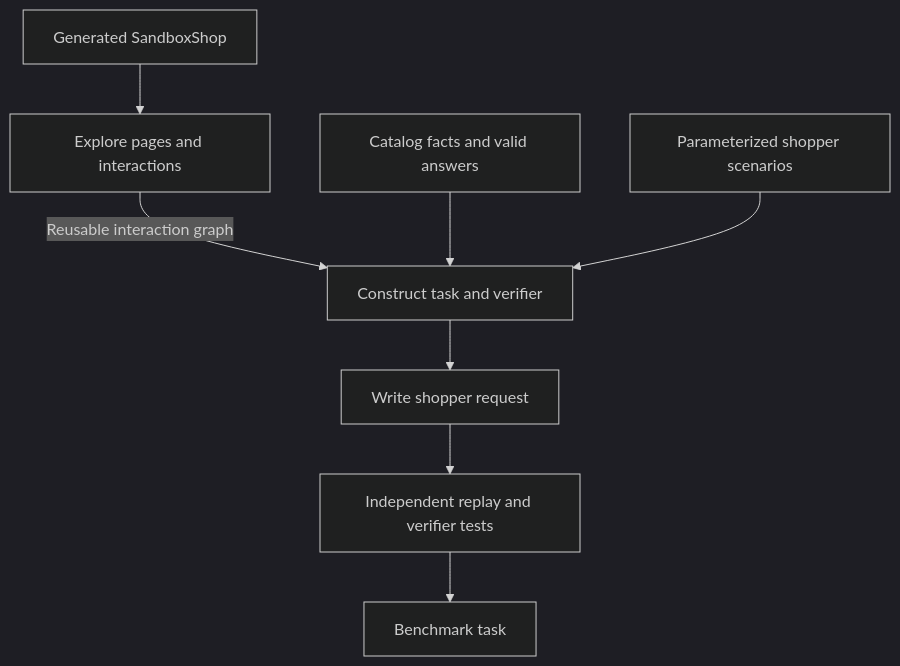
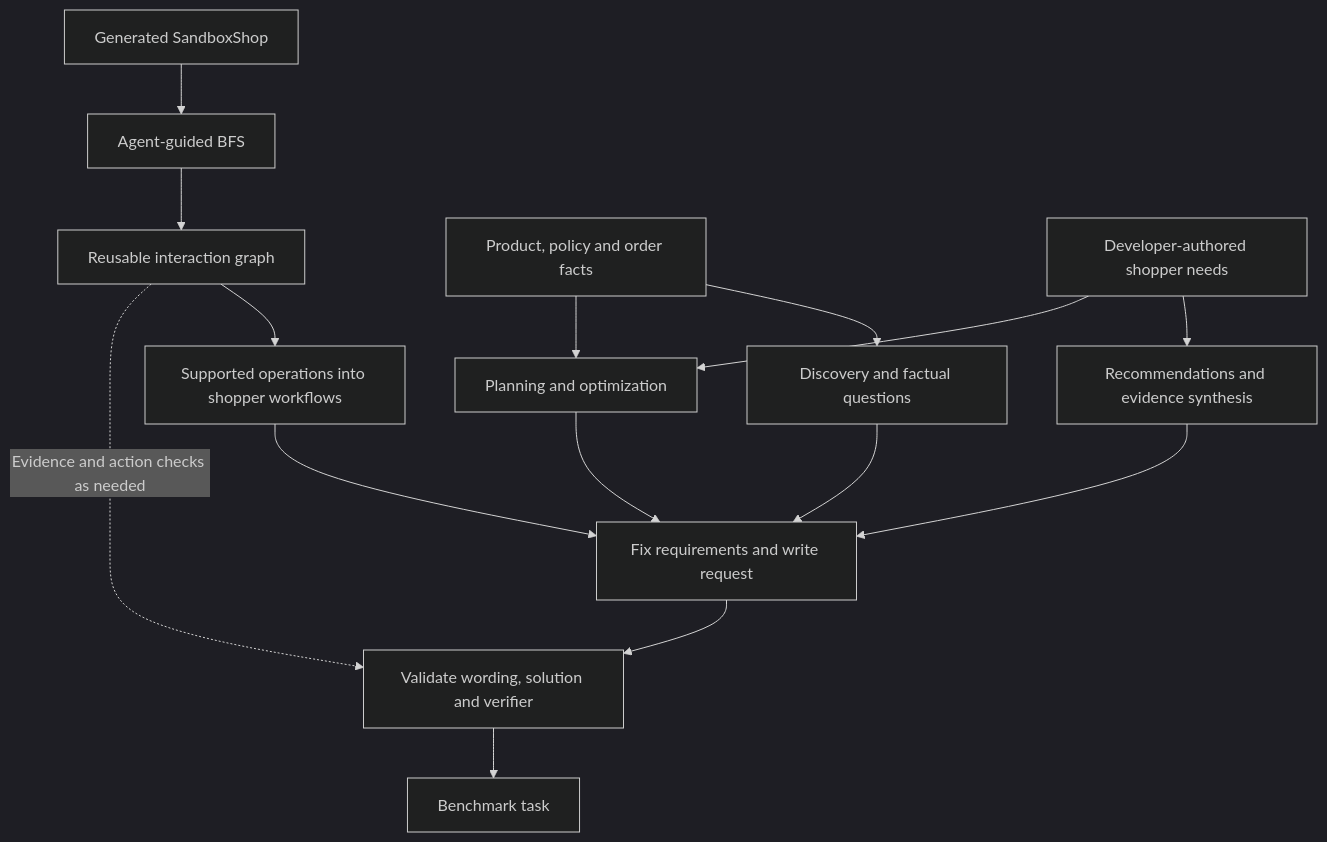
One commit to agentic-foundation-modeling-research/shop-gym changed the diagram in docs/specs/shop_guru/task_generation_proposal.md. Above: the diagram before and after it, drawn with Mermaid (dark theme). The commit also changed other lines of this file, not shown here.

Commit message:
docs: distinguish task generation routes after Astra review

````diff
--- a/docs/specs/shop_guru/task_generation_proposal.md
+++ b/docs/specs/shop_guru/task_generation_proposal.md
@@ -70,10 +83,17 @@
 ```mermaid
 flowchart TD
-    A[Generated SandboxShop] --> B[Explore pages and interactions]
-    B -->|Reusable interaction graph| C[Construct task and verifier]
-    D[Catalog facts and valid answers] --> C
-    E[Parameterized shopper scenarios] --> C
-    C --> F[Write shopper request]
-    F --> G[Independent replay and verifier tests]
-    G --> H[Benchmark task]
+    Shop[Generated SandboxShop] --> Explore[Agent-guided BFS]
+    Explore --> Graph[Reusable interaction graph]
+    Data[Product, policy and order facts] --> Facts[Discovery and factual questions]
+    Need[Developer-authored shopper needs] --> Recommend[Recommendations and evidence synthesis]
+    Graph --> Workflow[Supported operations into shopper workflows]
+    Need --> Planning[Planning and optimization]
+    Data --> Planning
+    Facts --> Request[Fix requirements and write request]
+    Recommend --> Request
+    Workflow --> Request
+    Planning --> Request
+    Request --> Validate[Validate wording, solution and verifier]
+    Graph -.->|Evidence and action checks as needed| Validate
+    Validate --> Task[Benchmark task]
 ```
````
